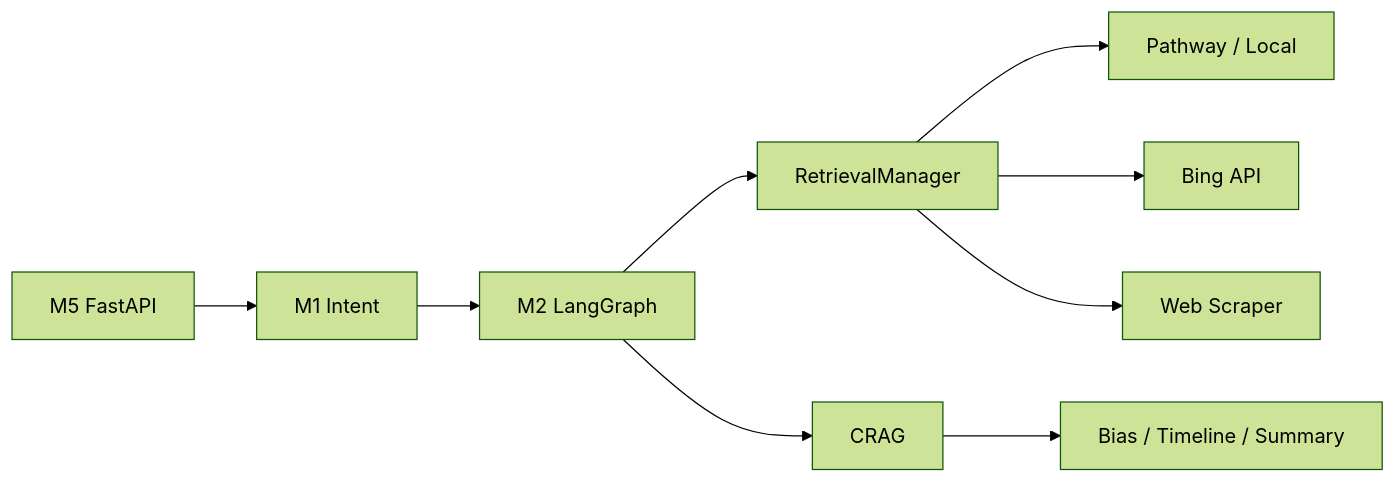
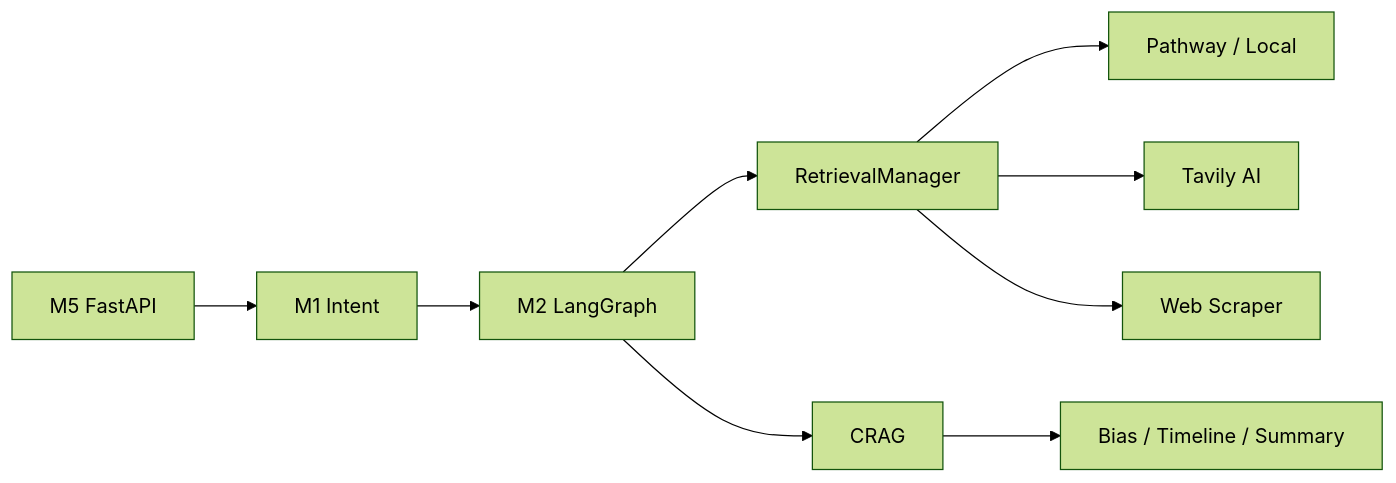
Before and after one commit to OptimusPrime-hub/NewsLens: the diagram in README.md, drawn with Mermaid (forest theme). The commit also changed other lines of this file and 8 other files, not shown here.

````diff
--- a/README.md
+++ b/README.md
@@ -55,11 +56,11 @@
 ```mermaid
 flowchart LR
     UI[M5 FastAPI] --> M1[M1 Intent]
     M1 --> M2[M2 LangGraph]
     M2 --> RM[RetrievalManager]
     RM --> PW[Pathway / Local]
-    RM --> Bing[Bing API]
+    RM --> Tavily[Tavily AI]
     RM --> Scraper[Web Scraper]
     M2 --> CRAG[CRAG]
     CRAG --> Agents[Bias / Timeline / Summary]
 ```
````
